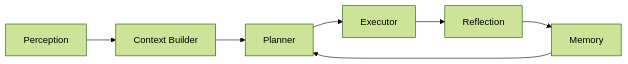
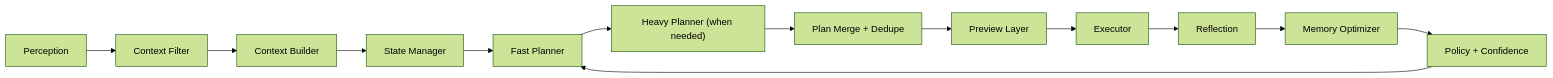
The third of 3 diagrams in docs/ARCHITECTURE.md (Krishnav1237/agentic-mail), drawn with Mermaid (forest theme) before and after one commit. The commit also changed other lines of this file and 56 other files, not shown here.

````diff
--- a/docs/ARCHITECTURE.md
+++ b/docs/ARCHITECTURE.md
@@ -42,9 +152,15 @@
 ```mermaid
 graph LR
-  A["Perception"] --> B["Context Builder"]
-  B --> C["Planner"]
-  C --> D["Executor"]
-  D --> E["Reflection"]
-  E --> F["Memory"]
-  F --> C
+  P["Perception"] --> F["Context Filter"]
+  F --> C["Context Builder"]
+  C --> S["State Manager"]
+  S --> FP["Fast Planner"]
+  FP --> HP["Heavy Planner (when needed)"]
+  HP --> M["Plan Merge + Dedupe"]
+  M --> PR["Preview Layer"]
+  PR --> EX["Executor"]
+  EX --> RF["Reflection"]
+  RF --> MEM["Memory Optimizer"]
+  MEM --> POL["Policy + Confidence"]
+  POL --> FP
 ```
````
